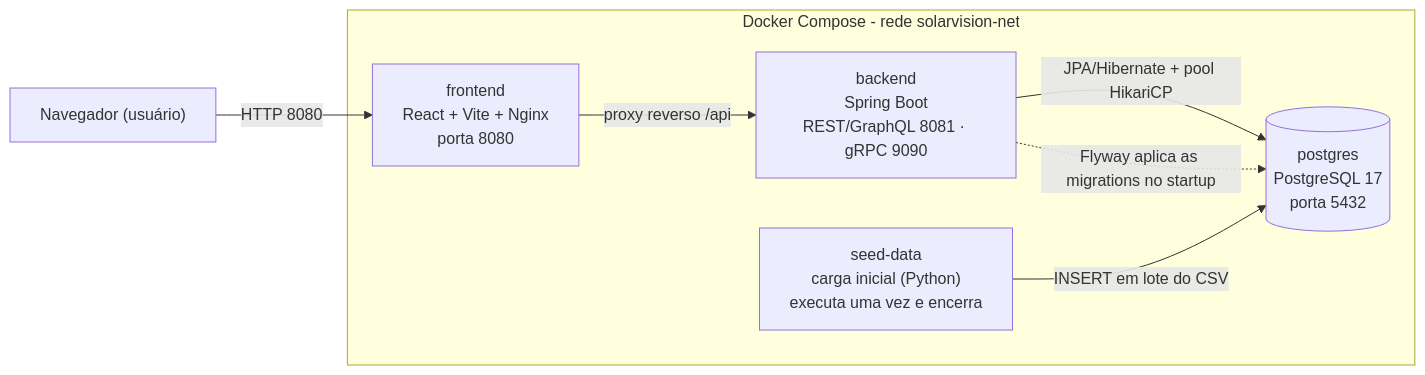
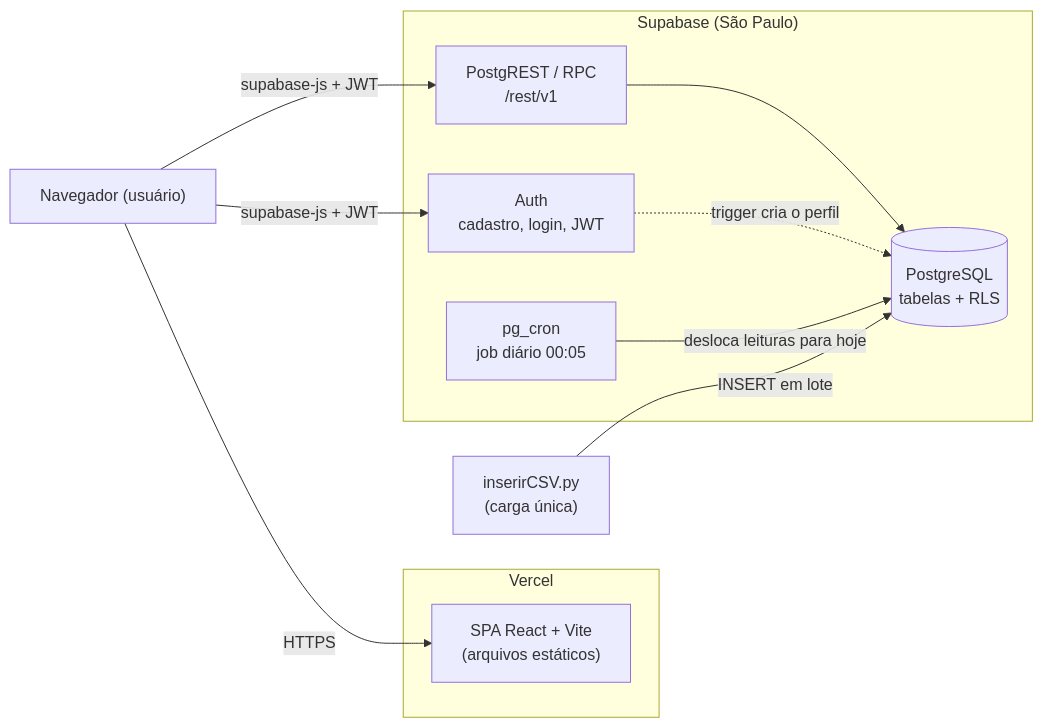
One commit to danieltanjos/SolarVision changed the diagram in readme.md. Above: the diagram before and after it, drawn with Mermaid. The commit also changed other lines of this file and 8 other files, not shown here.

Commit message:
docs: atualiza documentação para Supabase + Vercel

````diff
--- a/readme.md
+++ b/readme.md
@@ -16,17 +20,25 @@
 ```mermaid
 flowchart LR
     browser["Navegador (usuário)"]
 
-    subgraph compose["Docker Compose - rede solarvision-net"]
-        frontend["frontend<br/>React + Vite + Nginx<br/>porta 8080"]
-        backend["backend<br/>Spring Boot<br/>REST/GraphQL 8081 · gRPC 9090"]
-        db[("postgres<br/>PostgreSQL 17<br/>porta 5432")]
-        seeder["seed-data<br/>carga inicial (Python)<br/>executa uma vez e encerra"]
+    subgraph vercel["Vercel"]
+        spa["SPA React + Vite<br/>(arquivos estáticos)"]
     end
 
-    browser -->|HTTP 8080| frontend
-    frontend -->|proxy reverso /api| backend
-    backend -->|JPA/Hibernate + pool HikariCP| db
-    seeder -->|INSERT em lote do CSV| db
-    backend -.->|Flyway aplica as migrations no startup| db
+    subgraph supa["Supabase (São Paulo)"]
+        auth["Auth<br/>cadastro, login, JWT"]
+        rest["PostgREST / RPC<br/>/rest/v1"]
+        db[("PostgreSQL<br/>tabelas + RLS")]
+        cron["pg_cron<br/>job diário 00:05"]
+    end
+
+    seeder["inserirCSV.py<br/>(carga única)"]
+
+    browser -->|HTTPS| spa
+    browser -->|supabase-js + JWT| auth
+    browser -->|supabase-js + JWT| rest
+    rest --> db
+    auth -.->|trigger cria o perfil| db
+    cron -->|desloca leituras para hoje| db
+    seeder -->|INSERT em lote| db
 ```
````
